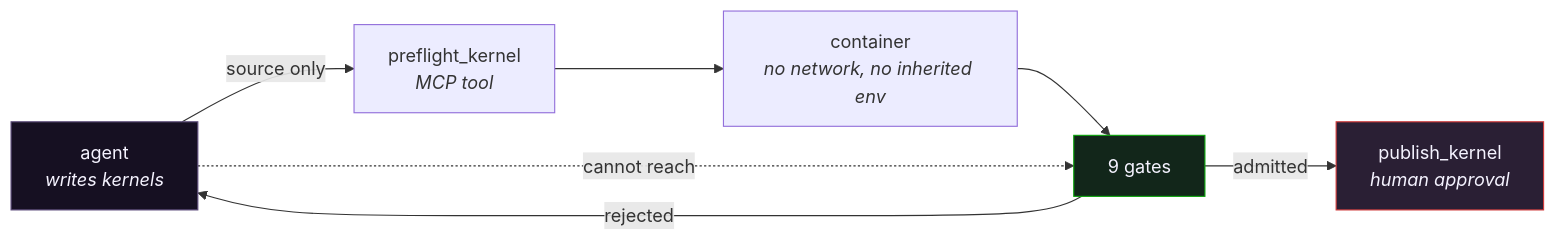
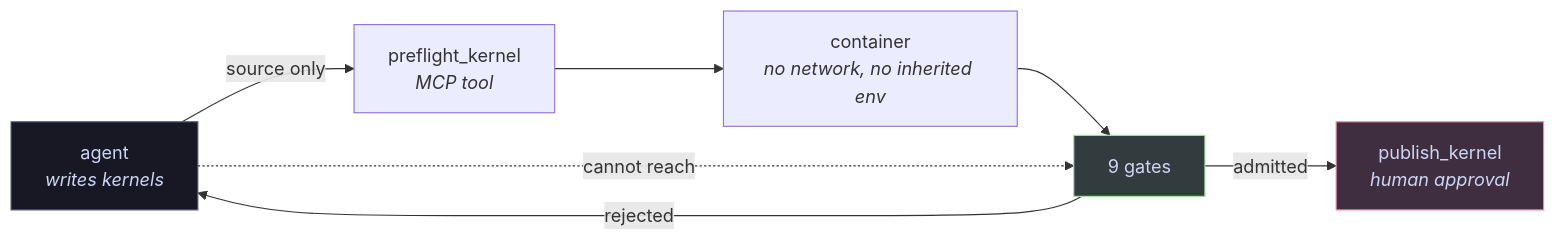
One commit to rycerzes/website changed the first of 3 diagrams in src/posts/kernel-agent-that-cannot-lie.mdx. Above: the diagram before and after it, drawn with Mermaid. The commit also changed other lines of this file and 5 other files, not shown here.

Commit message:
style: use catppuccin mocha for code highlighting and post diagrams

````diff
--- a/src/posts/kernel-agent-that-cannot-lie.mdx
+++ b/src/posts/kernel-agent-that-cannot-lie.mdx
@@ -29,13 +29,13 @@
 ```mermaid
 flowchart LR
     A["agent<br/><i>writes kernels</i>"] -->|"source only"| B["preflight_kernel<br/><i>MCP tool</i>"]
     B --> C["container<br/><i>no network, no inherited env</i>"]
     C --> D["9 gates"]
     D -->|"admitted"| E["publish_kernel<br/><i>human approval</i>"]
     D -->|"rejected"| A
     A -.->|"cannot reach"| D
 
-    style A fill:#161022,stroke:#5f4e7d,color:#f5f3ff
-    style D fill:#12261a,stroke:#0ca30c,color:#f5f3ff
-    style E fill:#2a1f34,stroke:#d03b3b,color:#f5f3ff
+    style A fill:#181825,stroke:#585b70,color:#cdd6f4
+    style D fill:#323c3f,stroke:#a6e3a1,color:#cdd6f4
+    style E fill:#3e2e40,stroke:#f38ba8,color:#cdd6f4
 ```
````
